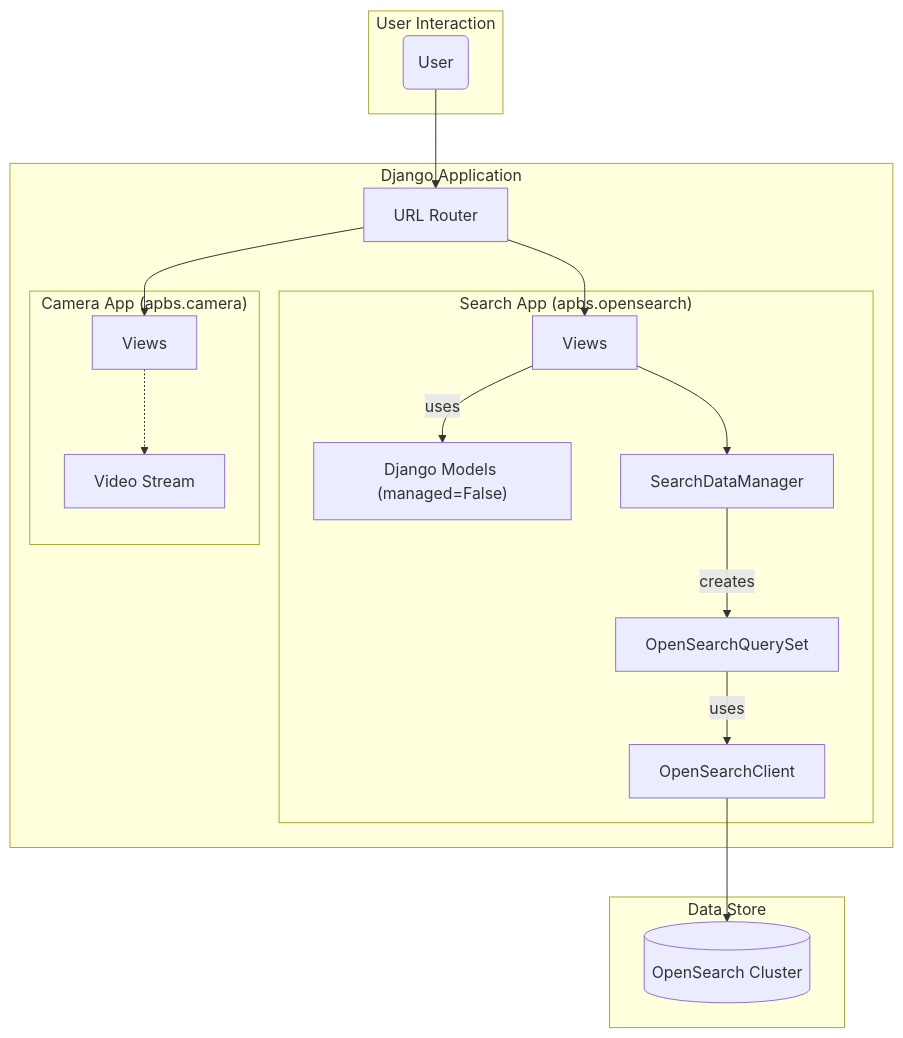
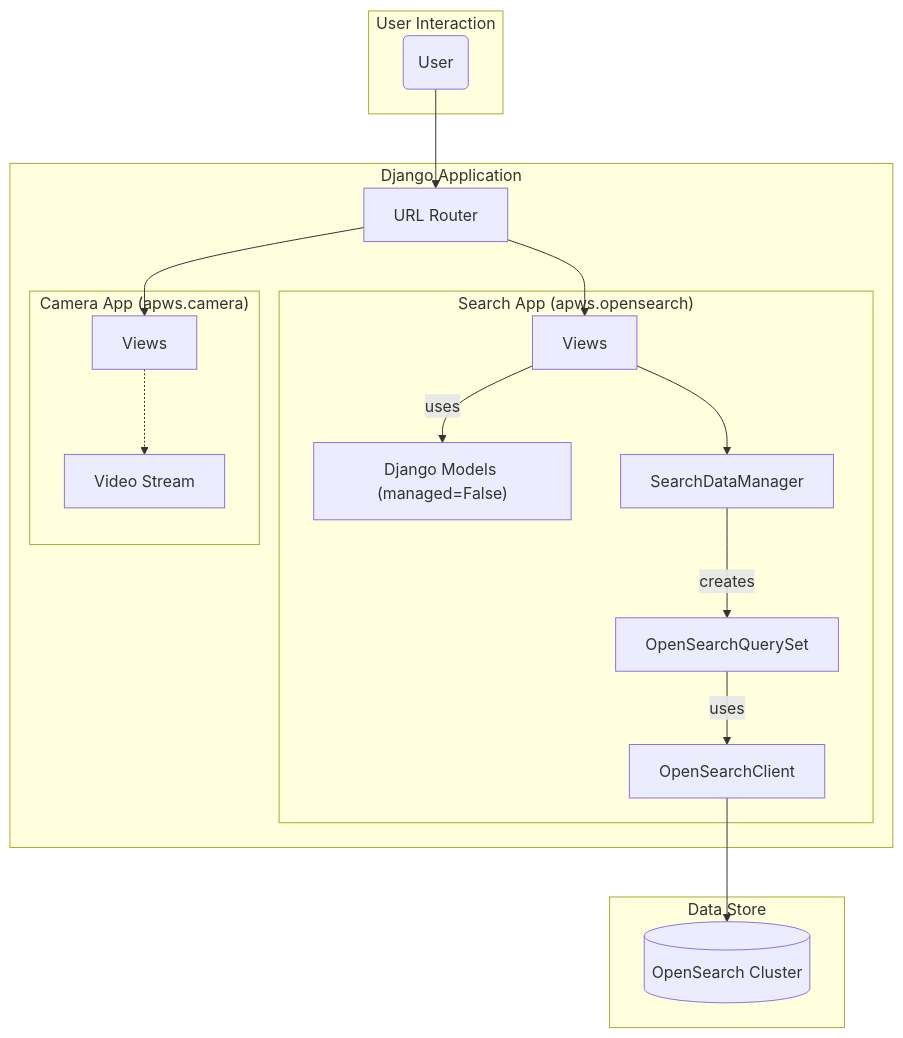
One commit to kerstinli/apws-web changed the diagram in README.md. Above: the diagram before and after it, drawn with Mermaid. The commit also changed other lines of this file and 52 other files, not shown here.

````diff
--- a/README.md
+++ b/README.md
@@ -24,40 +24,40 @@
 ```mermaid
 graph TD
     subgraph "User Interaction"
         user("User")
     end
 
     subgraph "Django Application"
         router["URL Router"]
 
-        subgraph "Search App (apbs.opensearch)"
+        subgraph "Search App (apws.opensearch)"
             opensearch_views["Views"]
             models["Django Models (managed=False)"]
             manager["SearchDataManager"]
             queryset["OpenSearchQuerySet"]
             client["OpenSearchClient"]
         end
 
-        subgraph "Camera App (apbs.camera)"
+        subgraph "Camera App (apws.camera)"
             camera_views["Views"]
             video_stream["Video Stream"]
         end
     end
 
     subgraph "Data Store"
         opensearch_cluster[(OpenSearch Cluster)]
     end
 
     user --> router
 
     router --> opensearch_views
     router --> camera_views
 
     opensearch_views --> manager
     opensearch_views -- uses --> models
     manager -- creates --> queryset
     queryset -- uses --> client
     client --> opensearch_cluster
 
     camera_views -.-> video_stream
 ```
````
